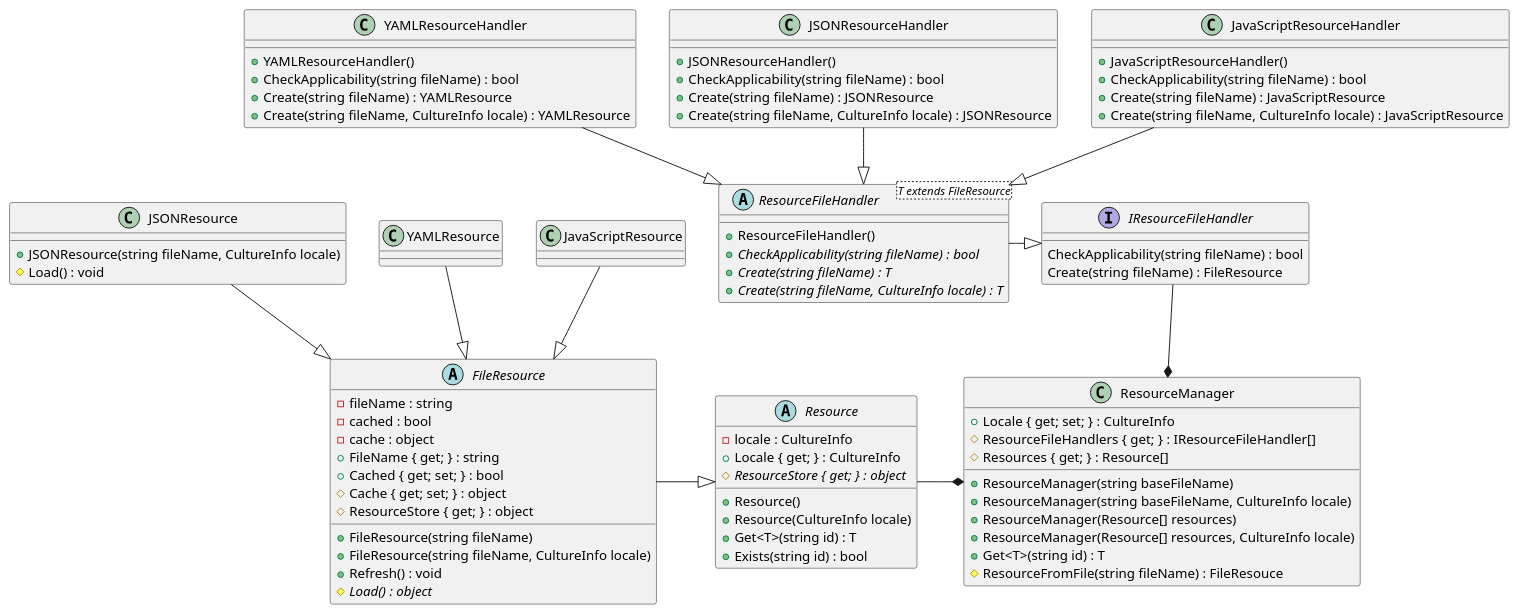
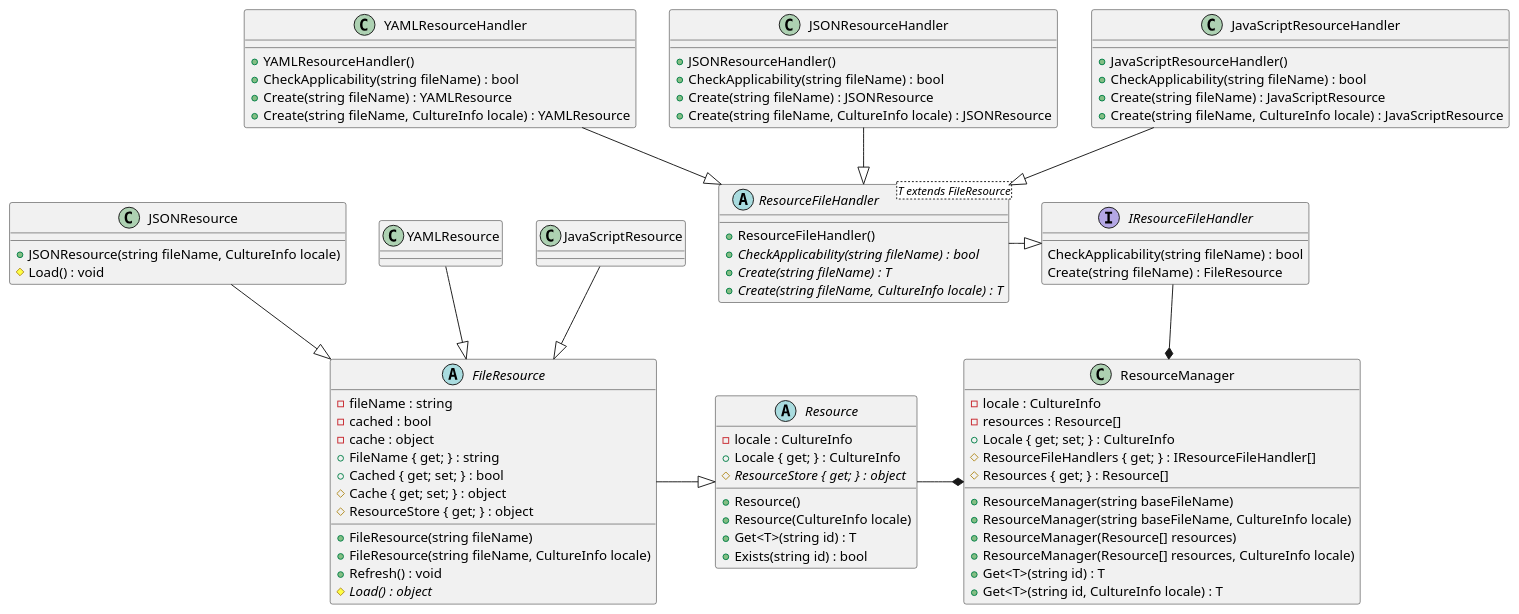
Before and after one commit to manuth/ResourceManager.js: the diagram in docs/ClassDiagram.wsd, drawn with PlantUML. The commit also changed 1 other file, not shown here.

Commit message:
Add a class for managing resources

```diff
--- a/docs/ClassDiagram.wsd
+++ b/docs/ClassDiagram.wsd
@@ -1,111 +1,113 @@
 @startuml ResourceManager.js
 abstract class Resource
 {
     - locale : CultureInfo
     + Resource()
     + Resource(CultureInfo locale)
     + Locale { get; } : CultureInfo
     # {abstract} ResourceStore { get; } : object
     + Get<T>(string id) : T
     + Exists(string id) : bool
 }
 
 FileResource -|> Resource
 
 abstract class FileResource
 {
     - fileName : string
     - cached : bool
     - cache : object
     + FileResource(string fileName)
     + FileResource(string fileName, CultureInfo locale)
     + FileName { get; } : string
     + Cached { get; set; } : bool
     # Cache { get; set; } : object
     # ResourceStore { get; } : object
     + Refresh() : void
     # {abstract} Load() : object
 }
 
 JSONResource --|> FileResource
 
 class JSONResource
 {
     + JSONResource(string fileName, CultureInfo locale)
     # Load() : void
 }
 
 YAMLResource --|> FileResource
 
 class YAMLResource
 {
 }
 
 JavaScriptResource --|> FileResource
 
 class JavaScriptResource
 {
 }
 
 interface IResourceFileHandler
 {
     CheckApplicability(string fileName) : bool
     Create(string fileName) : FileResource
 }
 
 ResourceFileHandler -|> IResourceFileHandler
 
 abstract class ResourceFileHandler<T extends FileResource>
 {
     + ResourceFileHandler()
     + {abstract} CheckApplicability(string fileName) : bool
     + {abstract} Create(string fileName) : T
     + {abstract} Create(string fileName, CultureInfo locale) : T
 }
 
 YAMLResourceHandler --|> ResourceFileHandler
 
 class YAMLResourceHandler
 {
     + YAMLResourceHandler()
     + CheckApplicability(string fileName) : bool
     + Create(string fileName) : YAMLResource
     + Create(string fileName, CultureInfo locale) : YAMLResource
 }
 
 JSONResourceHandler --|> ResourceFileHandler
 
 class JSONResourceHandler
 {
     + JSONResourceHandler()
     + CheckApplicability(string fileName) : bool
     + Create(string fileName) : JSONResource
     + Create(string fileName, CultureInfo locale) : JSONResource
 }
 
 JavaScriptResourceHandler --|> ResourceFileHandler
 
 class JavaScriptResourceHandler
 {
     + JavaScriptResourceHandler()
     + CheckApplicability(string fileName) : bool
     + Create(string fileName) : JavaScriptResource
     + Create(string fileName, CultureInfo locale) : JavaScriptResource
 }
 
 Resource -* ResourceManager
 IResourceFileHandler --* ResourceManager
 
 class ResourceManager
 {
+    - locale : CultureInfo
+    - resources : Resource[]
     + ResourceManager(string baseFileName)
     + ResourceManager(string baseFileName, CultureInfo locale)
     + ResourceManager(Resource[] resources)
     + ResourceManager(Resource[] resources, CultureInfo locale)
     + Locale { get; set; } : CultureInfo
     # ResourceFileHandlers { get; } : IResourceFileHandler[]
     # Resources { get; } : Resource[]
     + Get<T>(string id) : T
-    # ResourceFromFile(string fileName) : FileResouce
+    + Get<T>(string id, CultureInfo locale) : T
 }
 @enduml
```
